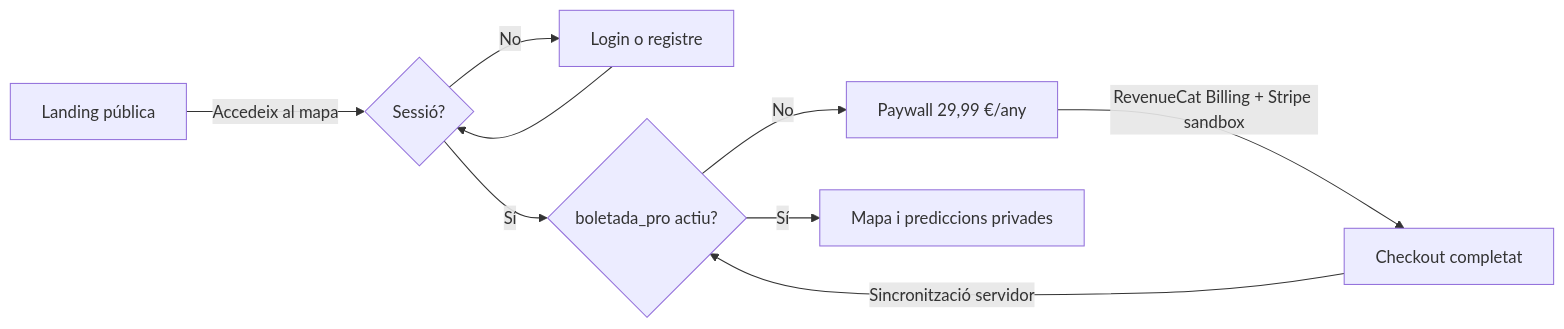
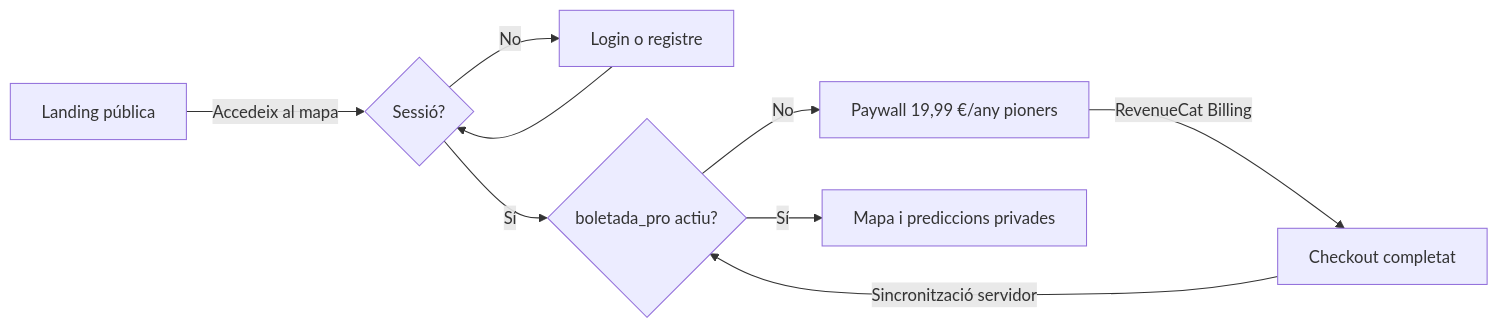
One commit to xcanchal/boletscat changed the first of 2 diagrams in PLA_IMPLEMENTACIO.md. Above: the diagram before and after it, drawn with Mermaid. The commit also changed other lines of this file and 9 other files, not shown here.

````diff
--- a/PLA_IMPLEMENTACIO.md
+++ b/PLA_IMPLEMENTACIO.md
@@ -28,11 +30,11 @@
 ```mermaid
 flowchart LR
     A[Landing pública] -->|Accedeix al mapa| B{Sessió?}
     B -->|No| C[Login o registre]
     C --> B
     B -->|Sí| D{boletada_pro actiu?}
-    D -->|No| E[Paywall 29,99 €/any]
-    E -->|RevenueCat Billing + Stripe sandbox| F[Checkout completat]
+    D -->|No| E[Paywall 19,99 €/any pioners]
+    E -->|RevenueCat Billing| F[Checkout completat]
     F -->|Sincronització servidor| D
     D -->|Sí| G[Mapa i prediccions privades]
 ```
````
